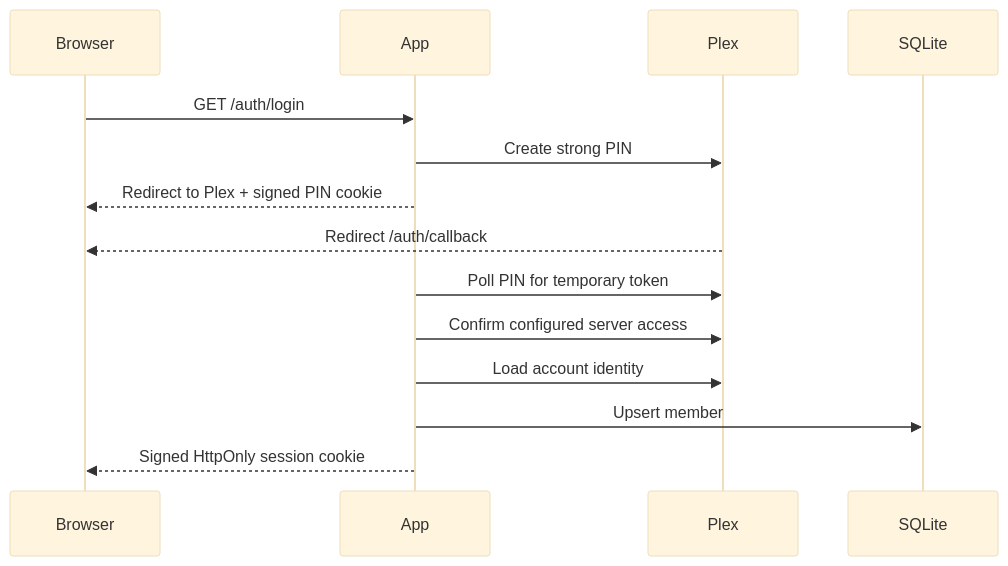
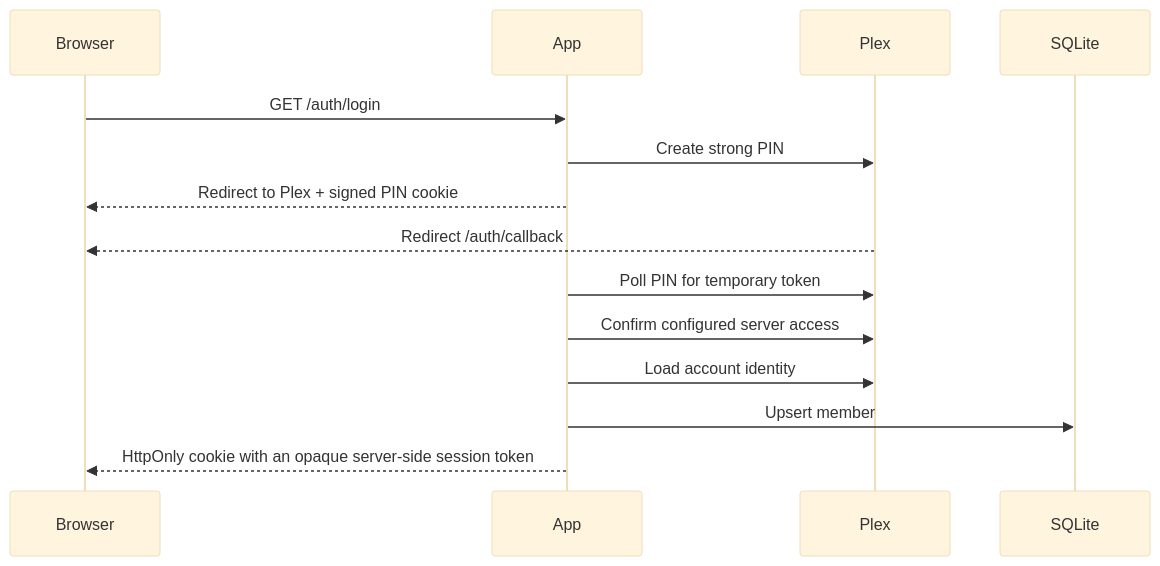
The third of 4 diagrams in docs/ARCHITECTURE.md (crdenn/filmclub), drawn with Mermaid (base theme) before and after one commit. The commit also changed other lines of this file and 9 other files, not shown here.

First line of the commit message:
Move to revocable server-side sessions

````diff
--- a/docs/ARCHITECTURE.md
+++ b/docs/ARCHITECTURE.md
@@ -158,17 +158,17 @@
 ```mermaid
 sequenceDiagram
     participant Browser
     participant App
     participant Plex
     participant DB as SQLite
 
     Browser->>App: GET /auth/login
     App->>Plex: Create strong PIN
     App-->>Browser: Redirect to Plex + signed PIN cookie
     Plex-->>Browser: Redirect /auth/callback
     App->>Plex: Poll PIN for temporary token
     App->>Plex: Confirm configured server access
     App->>Plex: Load account identity
     App->>DB: Upsert member
-    App-->>Browser: Signed HttpOnly session cookie
+    App-->>Browser: HttpOnly cookie with an opaque server-side session token
 ```
````
